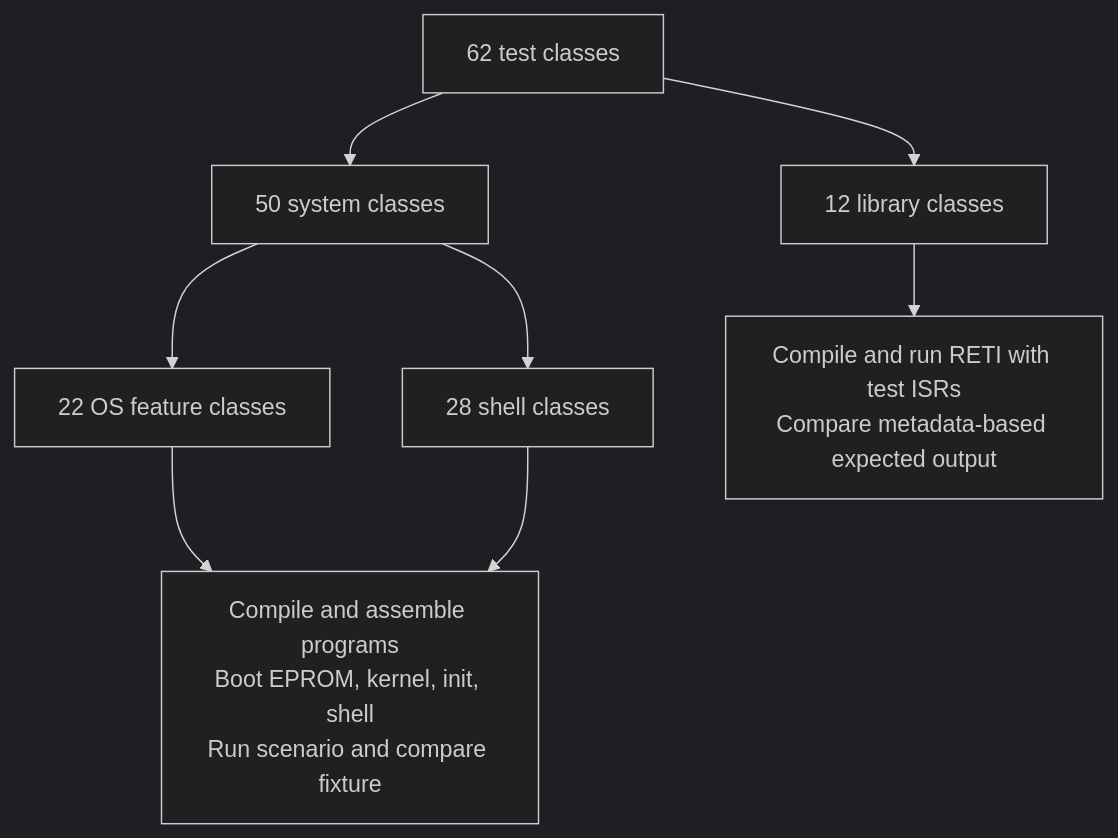
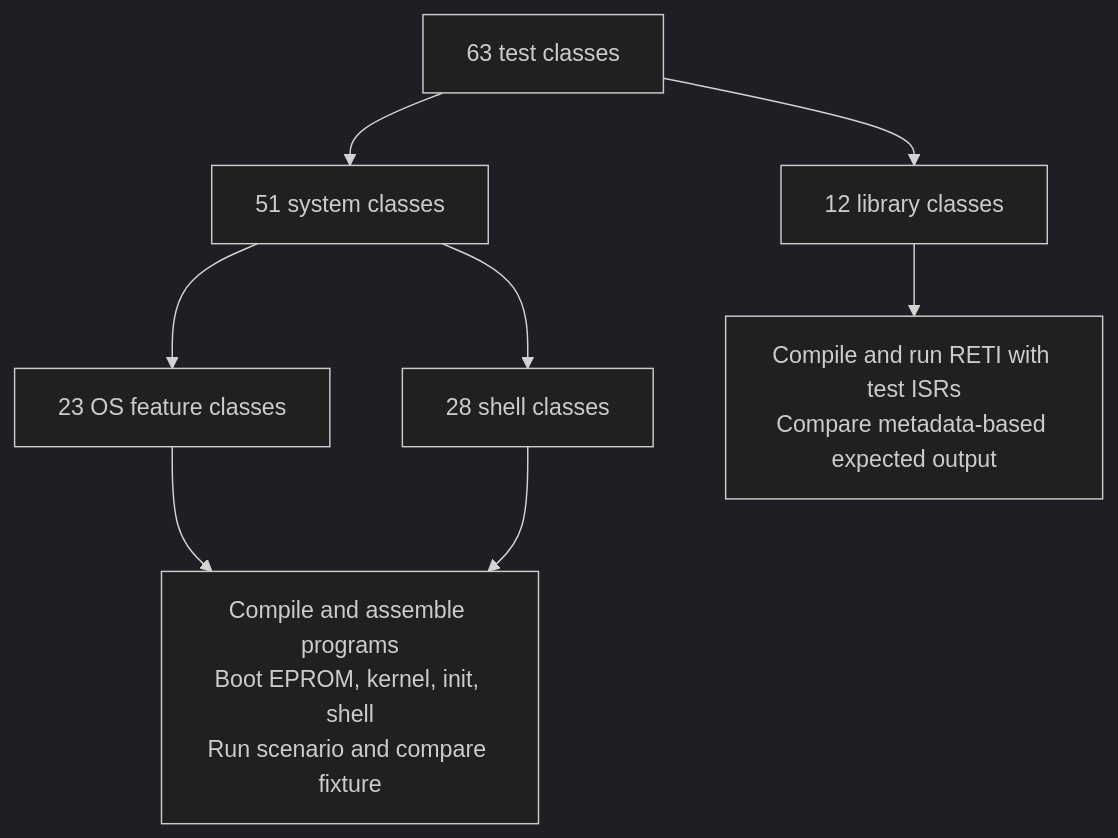
One commit to matthejue/Pico-OS changed diagram 29 of 30 in README.md. Above: the diagram before and after it, drawn with Mermaid (dark theme). The commit also changed other lines of this file and 1 other file, not shown here.

````diff
--- a/README.md
+++ b/README.md
@@ -4408,10 +4502,10 @@
 ```mermaid
 flowchart TD
-    T["62 test classes"] --> L["12 library classes"]
-    T --> S["50 system classes"]
-    S --> O["22 OS feature classes"]
+    T["63 test classes"] --> L["12 library classes"]
+    T --> S["51 system classes"]
+    S --> O["23 OS feature classes"]
     S --> H["28 shell classes"]
     L --> LC["Compile and run RETI with test ISRs<br/>Compare metadata-based expected output"]
     O --> K["Compile and assemble programs<br/>Boot EPROM, kernel, init, shell<br/>Run scenario and compare fixture"]
     H --> K
 ```
````
